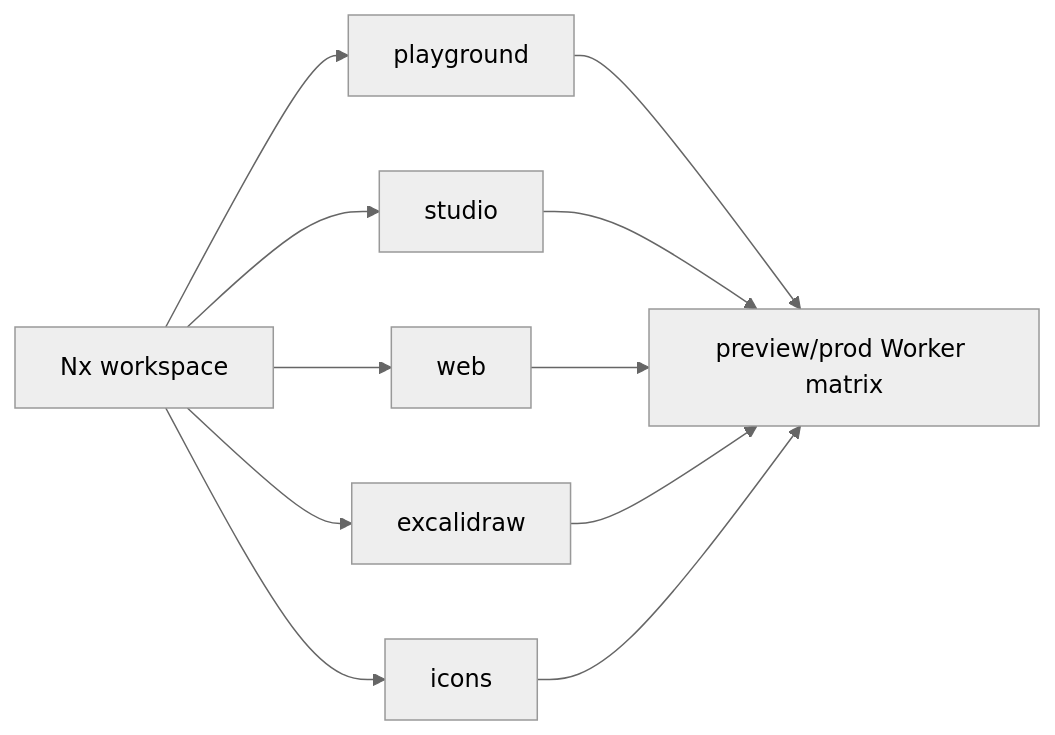
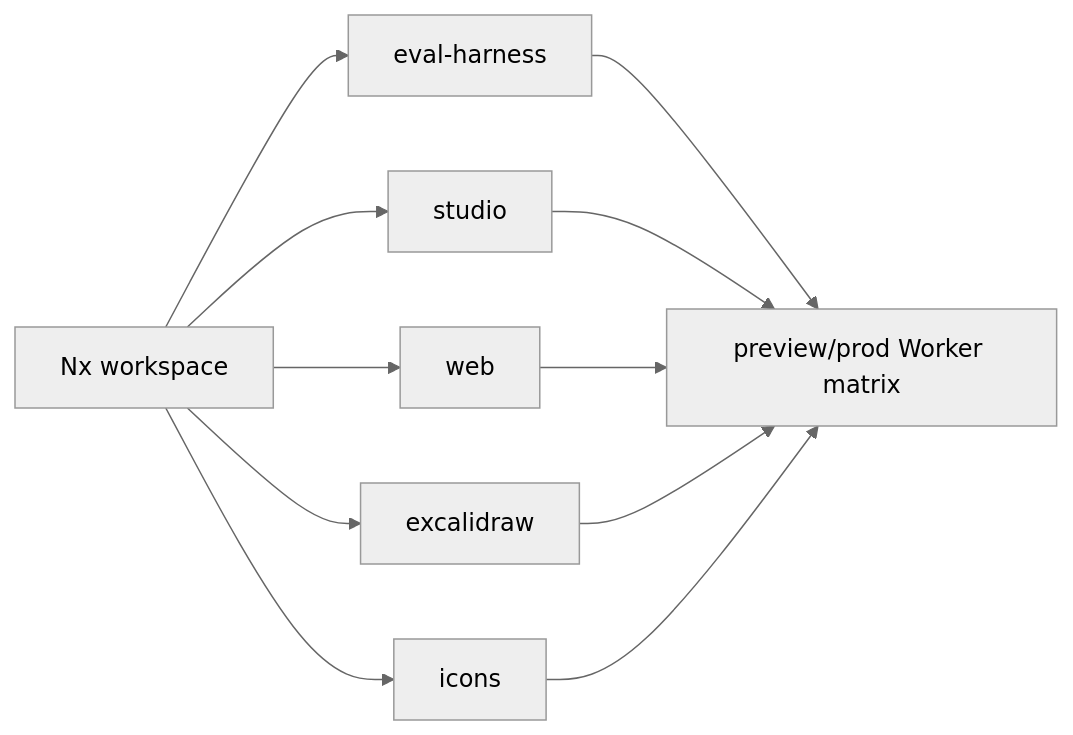
One commit to shpitdev/sketchi changed the third of 3 diagrams in docs/architecture.md. Above: the diagram before and after it, drawn with Mermaid (neutral theme). The commit also changed other lines of this file and 47 other files, not shown here.

Commit message:
refactor: rename internal eval harness app (#220)

````diff
--- a/docs/architecture.md
+++ b/docs/architecture.md
@@ -130,14 +130,14 @@
 ```mermaid
 flowchart LR
-  Workspace["Nx workspace"] --> Playground["playground"]
+  Workspace["Nx workspace"] --> EvalHarness["eval-harness"]
   Workspace --> Studio["studio"]
   Workspace --> Web["web"]
   Workspace --> Excalidraw["excalidraw"]
   Workspace --> Icons["icons"]
 
-  Playground --> Deploy["preview/prod Worker matrix"]
+  EvalHarness --> Deploy["preview/prod Worker matrix"]
   Studio --> Deploy
   Web --> Deploy
   Excalidraw --> Deploy
   Icons --> Deploy
 ```
````
